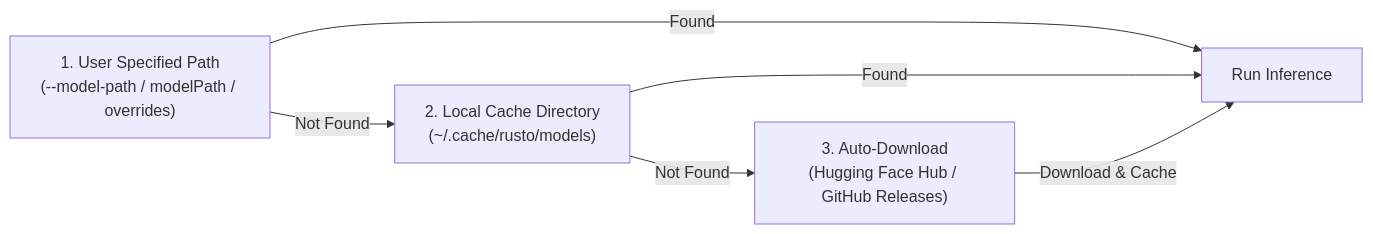
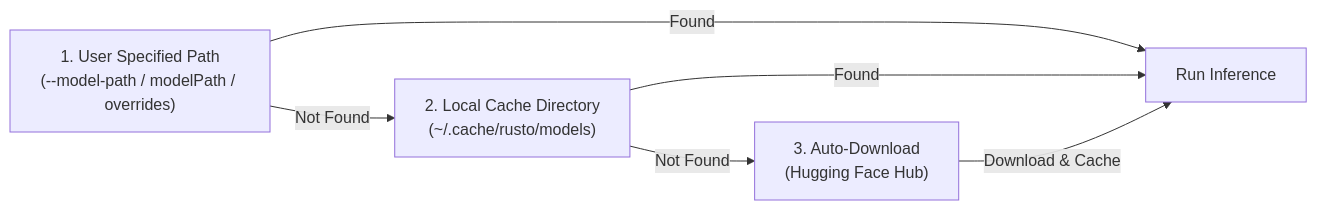
The second of 2 diagrams in docs/content/en/03.advance-guide/01.models-and-tiers.md (byrizki/rusto-rs), drawn with Mermaid before and after one commit. The commit also changed other lines of this file and 63 other files, not shown here.

````diff
--- a/docs/content/en/03.advance-guide/01.models-and-tiers.md
+++ b/docs/content/en/03.advance-guide/01.models-and-tiers.md
@@ -77,8 +77,8 @@
 ```mermaid
 flowchart LR
     A["1. User Specified Path<br/>(--model-path / modelPath / overrides)"] -->|Found| RUN["Run Inference"]
     A -->|Not Found| B["2. Local Cache Directory<br/>(~/.cache/rusto/models)"]
     B -->|Found| RUN
-    B -->|Not Found| C["3. Auto-Download<br/>(Hugging Face Hub / GitHub Releases)"]
+    B -->|Not Found| C["3. Auto-Download<br/>(Hugging Face Hub)"]
     C -->|Download & Cache| RUN
 ```
````
